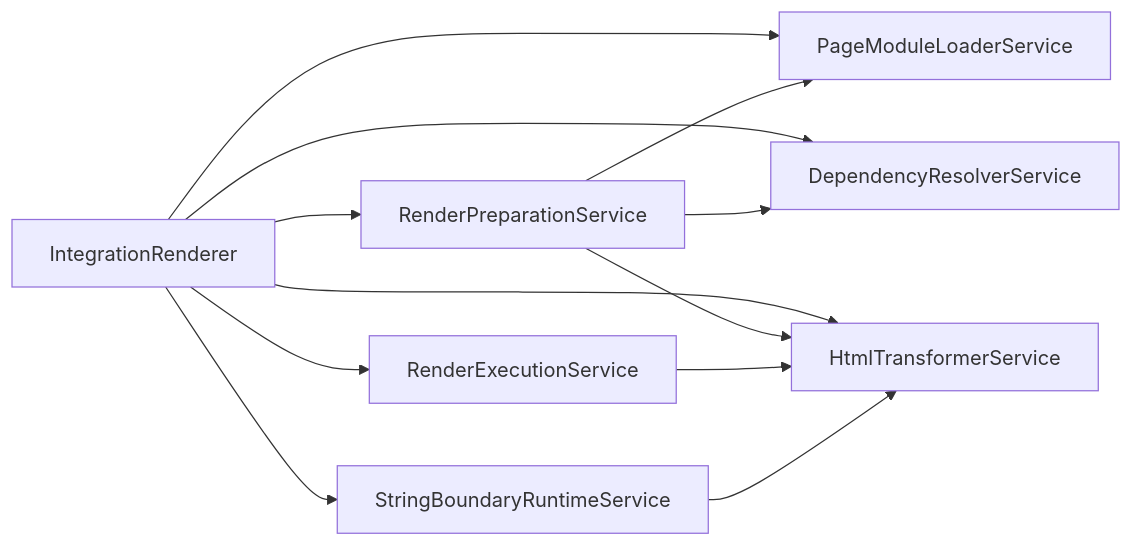
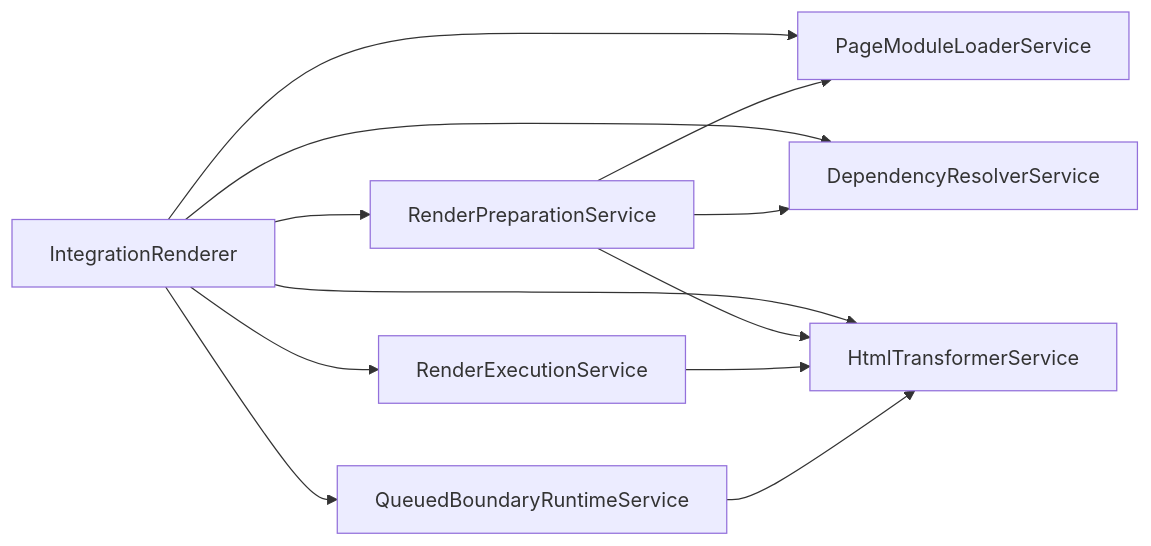
One commit to ecopages/ecopages changed the seventh of 11 diagrams in packages/core/src/route-renderer/GRAPH.md. Above: the diagram before and after it, drawn with Mermaid. The commit also changed other lines of this file and 1 other file, not shown here.

Commit message:
docs(route-renderer): rename unresolved marker output to boundary artifacts

````diff
--- a/packages/core/src/route-renderer/GRAPH.md
+++ b/packages/core/src/route-renderer/GRAPH.md
@@ -181,15 +181,15 @@
 ```mermaid
 flowchart LR
   A[IntegrationRenderer] --> B[RenderPreparationService]
   A --> C[RenderExecutionService]
-  A --> D[StringBoundaryRuntimeService]
+  A --> D[QueuedBoundaryRuntimeService]
   A --> F[PageModuleLoaderService]
   A --> G[DependencyResolverService]
   A --> H[HtmlTransformerService]
 
   B --> F
   B --> G
   B --> H
   C --> H
   D --> H
 ```
````
